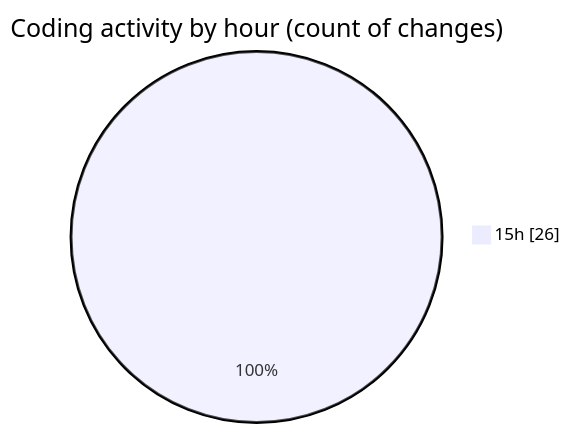
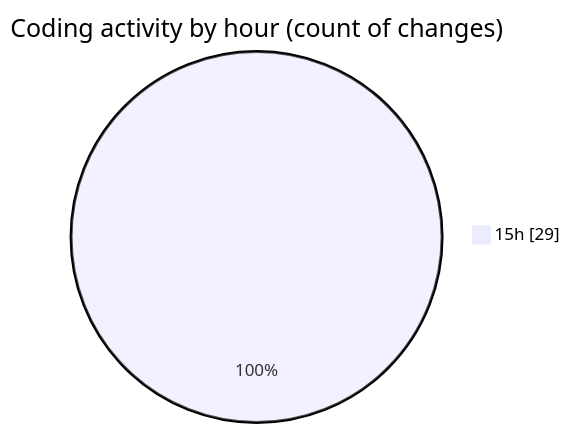
One commit to nxtqubesakshisongat/code-tracking changed the second of 2 diagrams in 2025-09-08/cashcalculator/README.md. Above: the diagram before and after it, drawn with Mermaid. The commit also changed other lines of this file and 1 other file, not shown here.

````diff
--- a/2025-09-08/cashcalculator/README.md
+++ b/2025-09-08/cashcalculator/README.md
@@ -28,5 +28,5 @@
 ```mermaid
 pie showData
 title Coding activity by hour (count of changes)
-"15h" : 26
+"15h" : 29
 ```
````
